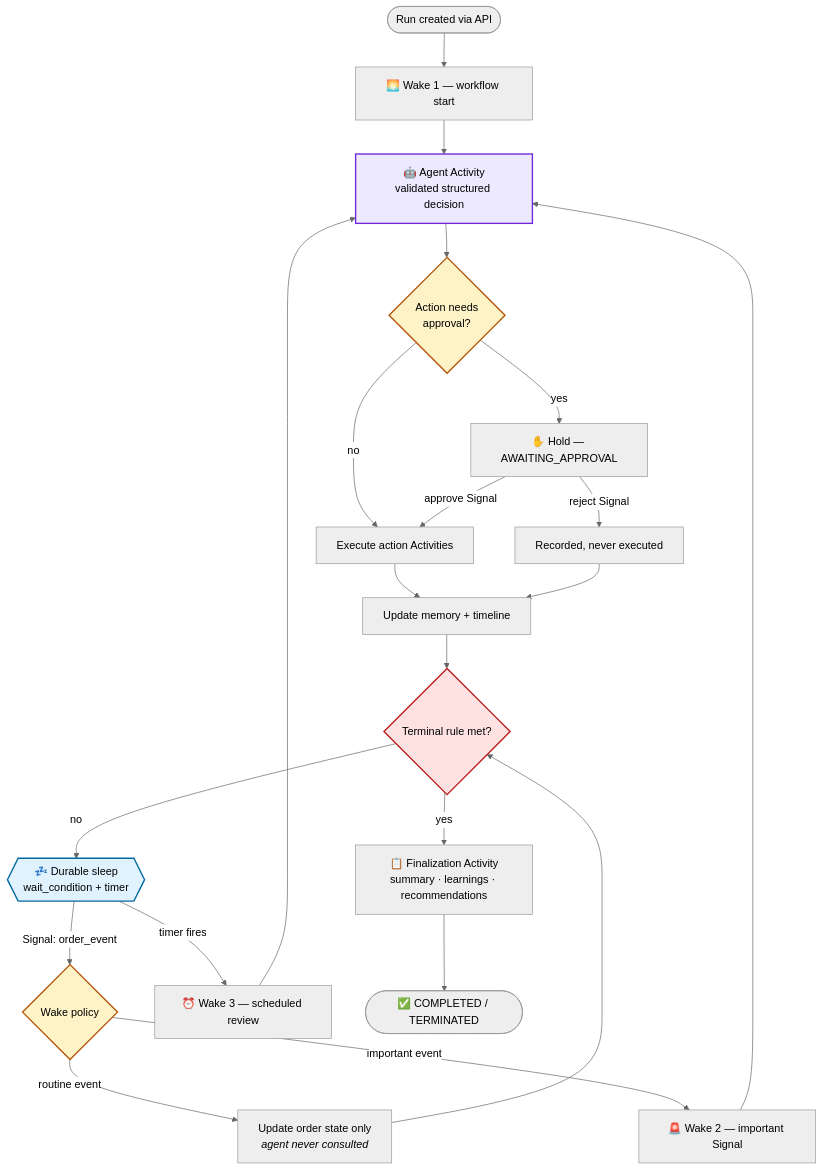
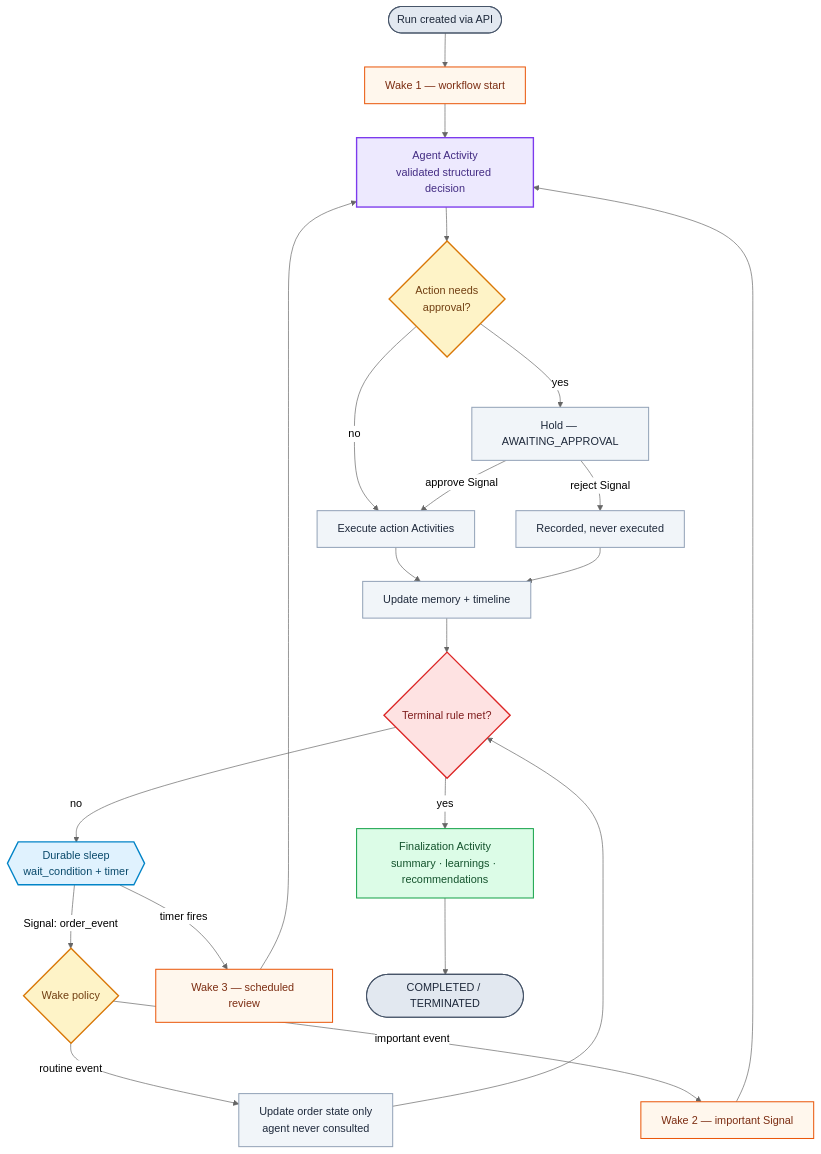
One commit to Gupta2708/OrderPilot changed the second of 3 diagrams in README.md. Above: the diagram before and after it, drawn with Mermaid (neutral theme). The commit also changed other lines of this file, not shown here.

Commit message:
restyle the architecture dig

````diff
--- a/README.md
+++ b/README.md
@@ -118,35 +133,47 @@
 ```mermaid
 flowchart TD
-    START(["Run created via API"]) --> W1["🌅 Wake 1 — workflow start"]
+    START(["Run created via API"]) --> W1["Wake 1 — workflow start"]
     W1 --> DECIDE
 
-    SLEEP{{"💤 Durable sleep<br/>wait_condition + timer"}}
+    SLEEP{{"Durable sleep<br/>wait_condition + timer"}}
     SLEEP -->|"Signal: order_event"| POLICY
-    SLEEP -->|"timer fires"| W3["⏰ Wake 3 — scheduled review"]
+    SLEEP -->|"timer fires"| W3["Wake 3 — scheduled review"]
     W3 --> DECIDE
 
     POLICY{"Wake policy"}
-    POLICY -->|"routine event"| STATE["Update order state only<br/><i>agent never consulted</i>"]
+    POLICY -->|"routine event"| STATE["Update order state only<br/>agent never consulted"]
     STATE --> TERM
-    POLICY -->|"important event"| W2["🚨 Wake 2 — important Signal"]
+    POLICY -->|"important event"| W2["Wake 2 — important Signal"]
     W2 --> DECIDE
 
-    DECIDE["🤖 Agent Activity<br/>validated structured decision"]
+    DECIDE["Agent Activity<br/>validated structured decision"]
     DECIDE --> GATE{"Action needs<br/>approval?"}
-    GATE -->|no| RUN["Execute action Activities"]
-    GATE -->|yes| HOLD["✋ Hold — AWAITING_APPROVAL"]
+    GATE -->|"no"| RUN["Execute action Activities"]
+    GATE -->|"yes"| HOLD["Hold — AWAITING_APPROVAL"]
     HOLD -->|"approve Signal"| RUN
     HOLD -->|"reject Signal"| DROPPED["Recorded, never executed"]
     RUN --> MEM["Update memory + timeline"]
     DROPPED --> MEM
     MEM --> TERM{"Terminal rule met?"}
-    TERM -->|no| SLEEP
-    TERM -->|yes| FINAL["📋 Finalization Activity<br/>summary · learnings · recommendations"]
-    FINAL --> DONE(["✅ COMPLETED / TERMINATED"])
+    TERM -->|"no"| SLEEP
+    TERM -->|"yes"| FINAL["Finalization Activity<br/>summary · learnings · recommendations"]
+    FINAL --> DONE(["COMPLETED / TERMINATED"])
 
-    style POLICY fill:#fef3c7,stroke:#b45309,stroke-width:2px
-    style GATE fill:#fef3c7,stroke:#b45309,stroke-width:2px
-    style TERM fill:#fee2e2,stroke:#b91c1c,stroke-width:2px
-    style SLEEP fill:#e0f2fe,stroke:#0369a1,stroke-width:2px
-    style DECIDE fill:#ede9fe,stroke:#6d28d9,stroke-width:2px
+    classDef wake fill:#fff7ed,stroke:#ea580c,color:#7c2d12,stroke-width:1.5px
+    classDef decide fill:#ede9fe,stroke:#7c3aed,color:#432c83,stroke-width:2px
+    classDef branch fill:#fef3c7,stroke:#d97706,color:#713f12,stroke-width:2px
+    classDef terminal fill:#fee2e2,stroke:#dc2626,color:#7f1d1d,stroke-width:2px
+    classDef sleep fill:#e0f2fe,stroke:#0284c7,color:#0a4a6b,stroke-width:2px
+    classDef step fill:#f1f5f9,stroke:#94a3b8,color:#1e293b,stroke-width:1.5px
+    classDef good fill:#dcfce7,stroke:#16a34a,color:#14532d,stroke-width:1.5px
+    classDef endpoint fill:#e2e8f0,stroke:#475569,color:#1e293b,stroke-width:1.5px
+
+    class W1,W2,W3 wake
+    class DECIDE decide
+    class POLICY,GATE branch
+    class TERM terminal
+    class SLEEP sleep
+    class STATE,RUN,HOLD,DROPPED,MEM step
+    class FINAL good
+    class START,DONE endpoint
 ```
````
